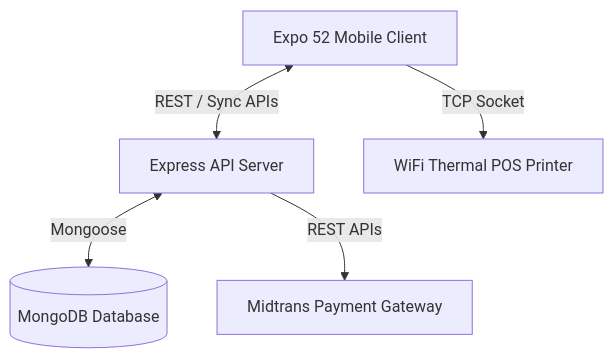
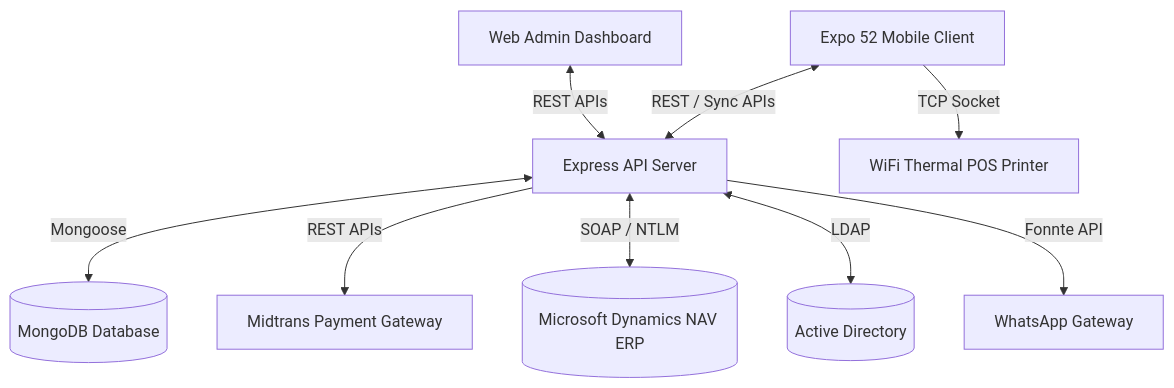
The first of 4 diagrams in README.md (Ham144/super-pos-mobile), drawn with Mermaid before and after one commit. The commit also changed other lines of this file and 9 other files, not shown here.

````diff
--- a/README.md
+++ b/README.md
@@ -29,7 +29,11 @@
 ```mermaid
 graph TD
     Client[Expo 52 Mobile Client] <-->|REST / Sync APIs| Server[Express API Server]
     Client -->|TCP Socket| Printer[WiFi Thermal POS Printer]
     Server <-->|Mongoose| DB[(MongoDB Database)]
     Server -->|REST APIs| Midtrans[Midtrans Payment Gateway]
+    Server <-->|SOAP / NTLM| NAV[(Microsoft Dynamics NAV ERP)]
+    Web[Web Admin Dashboard] <-->|REST APIs| Server
+    Server <-->|LDAP| AD[(Active Directory)]
+    Server -->|Fonnte API| WA[WhatsApp Gateway]
 ```
````
